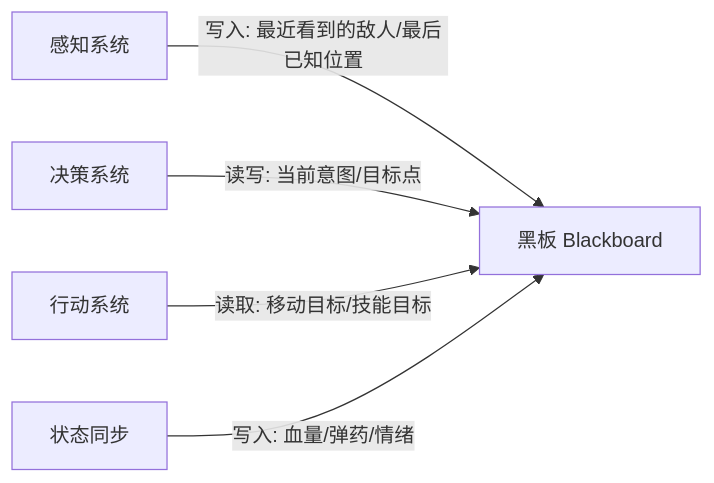
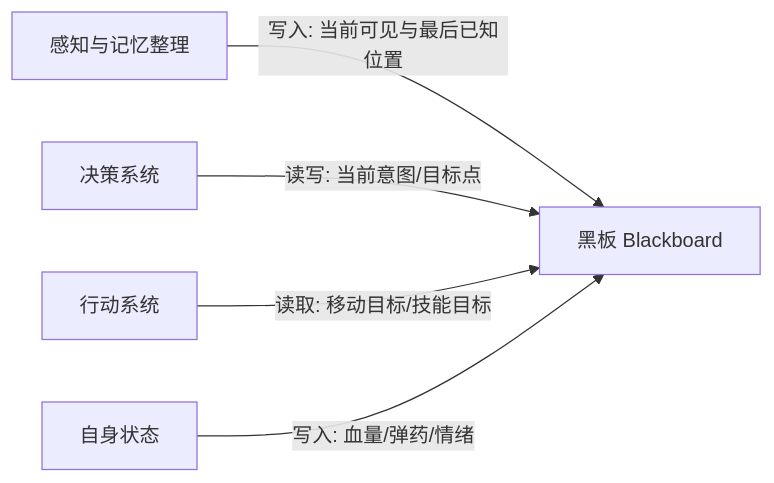
Before and after one commit to fantuan812/learning: the third of 4 diagrams in 知识/06-游戏AI/感知决策与行为规划/01-AI总体架构与感知.md, drawn with Mermaid. The commit also changed other lines of this file and 2 other files, not shown here.

````diff
--- a/知识/06-游戏AI/感知决策与行为规划/01-AI总体架构与感知.md
+++ b/知识/06-游戏AI/感知决策与行为规划/01-AI总体架构与感知.md
@@ -167,7 +138,7 @@
 ```mermaid
 flowchart LR
-    P[感知系统] -->|写入: 最近看到的敌人/最后已知位置| BB[黑板 Blackboard]
+    P[感知与记忆整理] -->|写入: 当前可见与最后已知位置| BB[黑板 Blackboard]
     D[决策系统] -->|读写: 当前意图/目标点| BB
     A[行动系统] -->|读取: 移动目标/技能目标| BB
-    S[状态同步] -->|写入: 血量/弹药/情绪| BB
+    S[自身状态] -->|写入: 血量/弹药/情绪| BB
 ```
````
